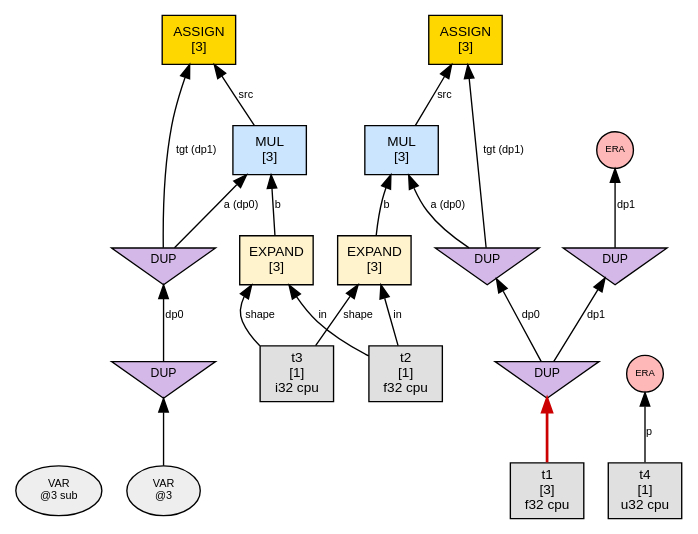
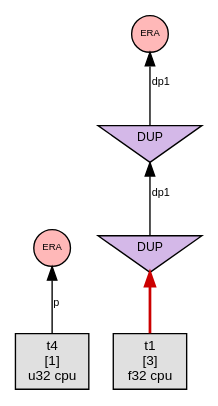
Before and after one commit to sw1sh/TinyHVM: the diagram in phase1_graphs/loop_assign_simple/n2_steps/step_007_interact_VAR.dot, drawn with Graphviz. The commit also changed 117 other files, not shown here.

First line of the commit message:
docs: regenerate loop graphs with root-only fix

```diff
--- a/phase1_graphs/loop_assign_simple/n2_steps/step_007_interact_VAR.dot
+++ b/phase1_graphs/loop_assign_simple/n2_steps/step_007_interact_VAR.dot
@@ -1,46 +1,18 @@
 digraph G {
   // PREV_INTERACTION: interact_VAR
   // NEXT_INTERACTION: interact_DP1
   rankdir=BT;
   node [fontname="Helvetica", fontsize=10, style=filled, shape=box, margin="0.1,0.05"];
   edge [fontsize=8, fontname="Helvetica"];
 
-  var3 [label="VAR\n@3 sub", shape=oval, fillcolor="#eeeeee", fontsize=8];
-  n10 [label="EXPAND\n[3]", shape=box, fillcolor="#fff3cd"];
-  t2 [label="t2\n[1]\nf32 cpu",shape=box,fillcolor="#e0e0e0"];
-  t2 -> n10 [label="in"];
-  t3 [label="t3\n[1]\ni32 cpu",shape=box,fillcolor="#e0e0e0"];
-  t3 -> n10 [label="shape"];
-  n14 [label="MUL\n[3]", shape=box, fillcolor="#cce5ff"];
-  dup8 [label="DUP", shape=invtriangle, fillcolor="#d4b8e8", fontsize=9, width=0.7, height=0.5];
-  dup7 -> dup8 [label="dp0"];
-  dup7 [label="DUP", shape=invtriangle, fillcolor="#d4b8e8", fontsize=9, width=0.7, height=0.5];
-  var7 [label="VAR\n@3", shape=oval, fillcolor="#eeeeee", fontsize=8];
-  var7 -> dup7;
-  dup8 -> n14 [label="a (dp0)"];
-  n10 -> n14 [label="b"];
-  n18 [label="ASSIGN\n[3]", shape=box, fillcolor="#ffd700"];
-  dup8 -> n18 [label="tgt (dp1)"];
-  n14 -> n18 [label="src"];
-  n47 [label="ASSIGN\n[3]", shape=box, fillcolor="#ffd700"];
-  dup49 [label="DUP", shape=invtriangle, fillcolor="#d4b8e8", fontsize=9, width=0.7, height=0.5];
-  dup42 -> dup49 [label="dp0"];
-  dup42 [label="DUP", shape=invtriangle, fillcolor="#d4b8e8", fontsize=9, width=0.7, height=0.5];
-  t1 [label="t1\n[3]\nf32 cpu",shape=box,fillcolor="#e0e0e0"];
-  t1 -> dup42 [color="#cc0000",penwidth=2.0];
-  dup49 -> n47 [label="tgt (dp1)"];
-  n50 -> n47 [label="src"];
-  n50 [label="MUL\n[3]", shape=box, fillcolor="#cce5ff"];
-  dup49 -> n50 [label="a (dp0)"];
-  n52 -> n50 [label="b"];
-  n52 [label="EXPAND\n[3]", shape=box, fillcolor="#fff3cd"];
-  t2 -> n52 [label="in"];
-  t3 -> n52 [label="shape"];
   era59 [label="ERA",shape=circle,width=0.38,height=0.38,fixedsize=true,fillcolor="#ffb8b8",fontsize=7];
   t4 [label="t4\n[1]\nu32 cpu",shape=box,fillcolor="#e0e0e0"];
   t4 -> era59 [label="p"];
   era61 [label="ERA",shape=circle,width=0.38,height=0.38,fixedsize=true,fillcolor="#ffb8b8",fontsize=7];
   dup41 [label="DUP", shape=invtriangle, fillcolor="#d4b8e8", fontsize=9, width=0.7, height=0.5];
   dup42 -> dup41 [label="dp1"];
+  dup42 [label="DUP", shape=invtriangle, fillcolor="#d4b8e8", fontsize=9, width=0.7, height=0.5];
+  t1 [label="t1\n[3]\nf32 cpu",shape=box,fillcolor="#e0e0e0"];
+  t1 -> dup42 [color="#cc0000",penwidth=2.0];
   dup41 -> era61 [label="dp1"];
 }
```
